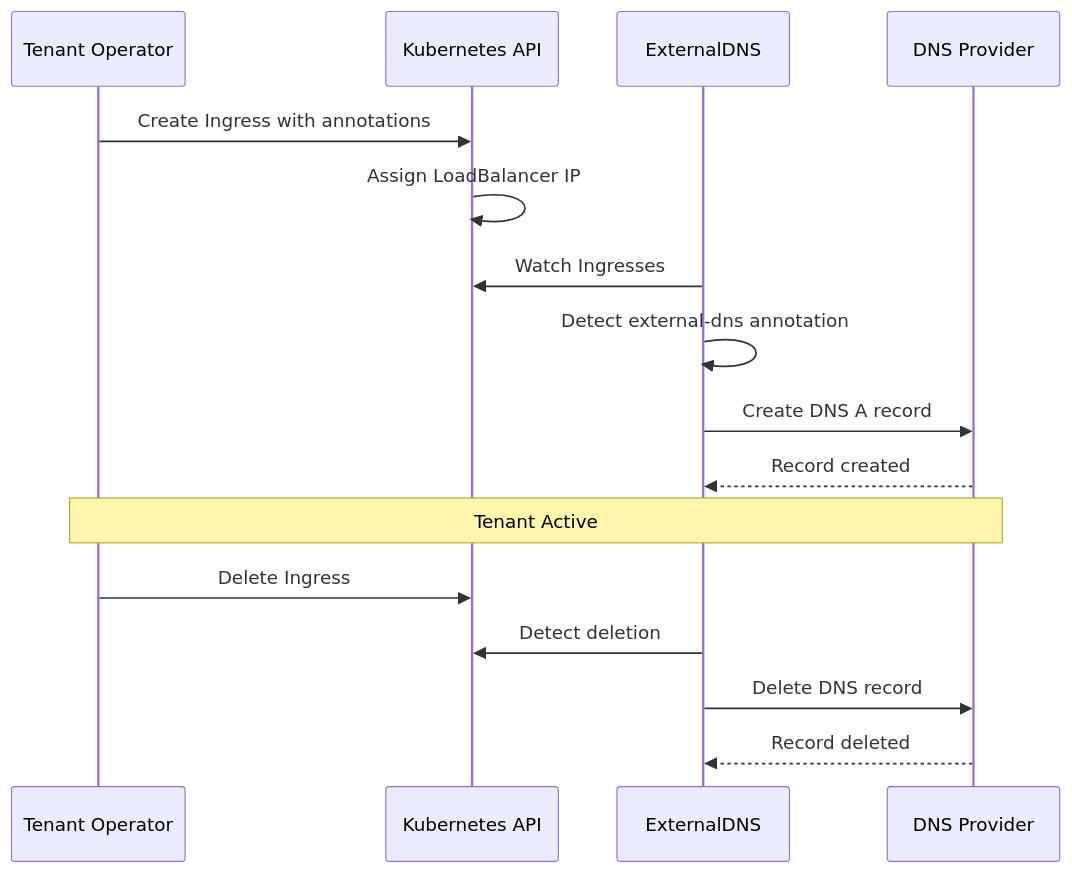
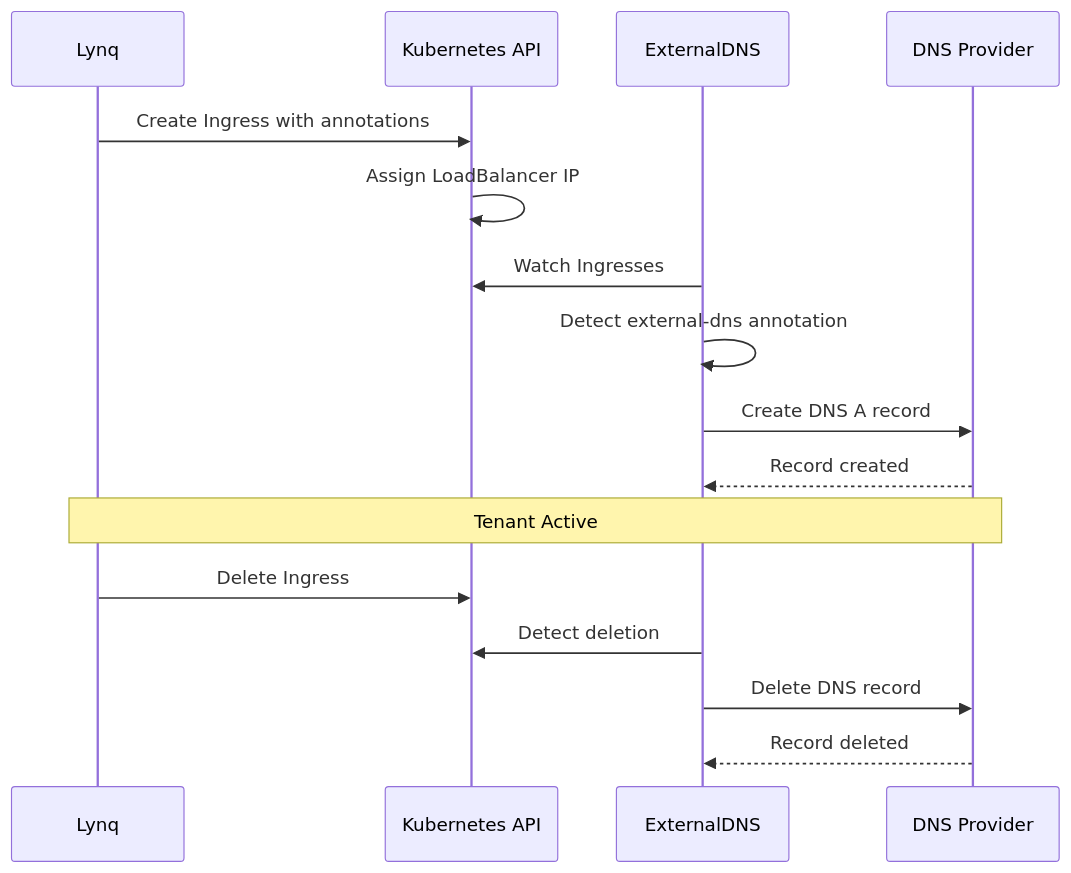
Before and after one commit to kubernetes-tenants/tenant-operator: the second of 2 diagrams in docs/integration-external-dns.md, drawn with Mermaid. The commit also changed other lines of this file and 193 other files, not shown here.

````diff
--- a/docs/integration-external-dns.md
+++ b/docs/integration-external-dns.md
@@ -213,21 +213,21 @@
 ```mermaid
 sequenceDiagram
-    participant TO as Tenant Operator
+    participant TO as Lynq
     participant K8s as Kubernetes API
     participant ED as ExternalDNS
     participant DNS as DNS Provider
 
     TO->>K8s: Create Ingress with annotations
     K8s->>K8s: Assign LoadBalancer IP
     ED->>K8s: Watch Ingresses
     ED->>ED: Detect external-dns annotation
     ED->>DNS: Create DNS A record
     DNS-->>ED: Record created
 
     Note over TO,DNS: Tenant Active
 
     TO->>K8s: Delete Ingress
     ED->>K8s: Detect deletion
     ED->>DNS: Delete DNS record
     DNS-->>ED: Record deleted
 ```
````
